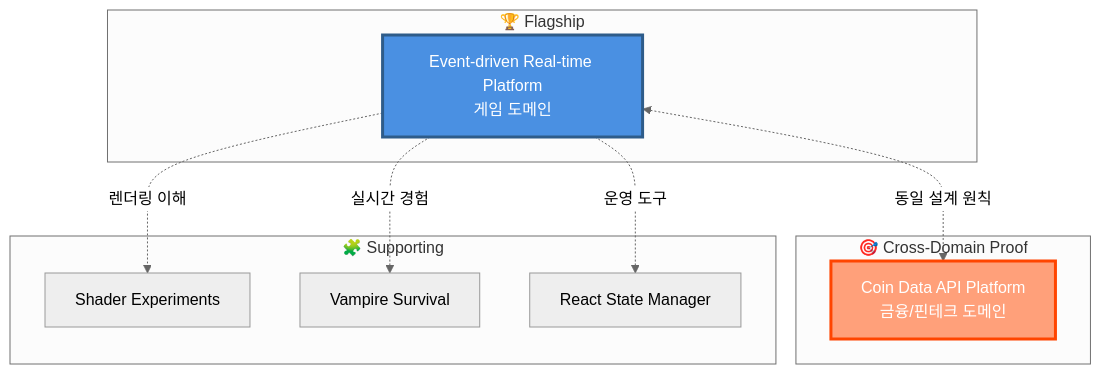
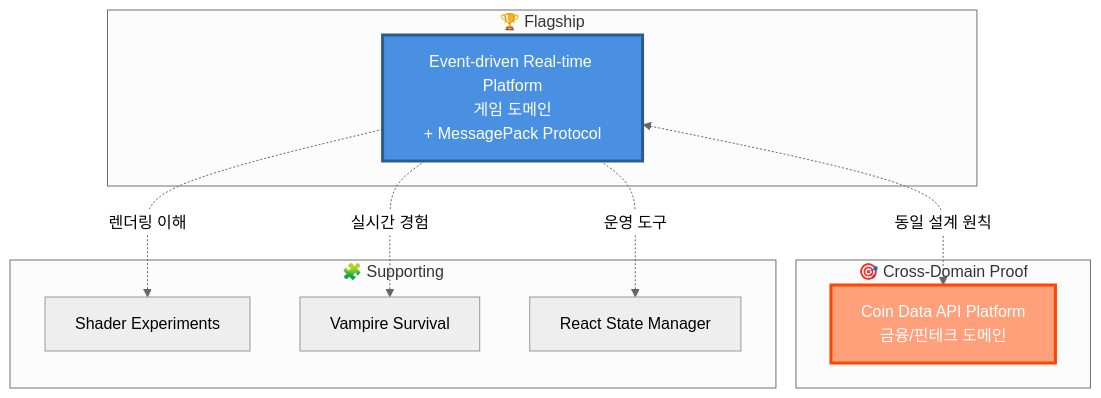
One commit to 1985jwlee/overview changed the second of 5 diagrams in README.md. Above: the diagram before and after it, drawn with Mermaid (neutral theme). The commit also changed other lines of this file, not shown here.

First line of the commit message:
Enhance README with Binary Protocol details

````diff
--- a/README.md
+++ b/README.md
@@ -59,24 +61,24 @@
 ```mermaid
 graph TB
     subgraph "🏆 Flagship"
-        MAIN[Event-driven Real-time Platform<br/>게임 도메인]
+        MAIN[Event-driven Real-time Platform<br/>게임 도메인<br/>+ MessagePack Protocol]
     end
     
     subgraph "🎯 Cross-Domain Proof"
         API[Coin Data API Platform<br/>금융/핀테크 도메인]
     end
     
     subgraph "🧩 Supporting"
         SHADER[Shader Experiments]
         GAME[Vampire Survival]
         REACT[React State Manager]
     end
     
     MAIN <-.->|동일 설계 원칙| API
     MAIN -.->|렌더링 이해| SHADER
     MAIN -.->|실시간 경험| GAME
     MAIN -.->|운영 도구| REACT
     
     style MAIN fill:#4A90E2,stroke:#2E5C8A,stroke-width:3px,color:#fff
     style API fill:#FFA07A,stroke:#FF4500,stroke-width:3px,color:#fff
 ```
````
